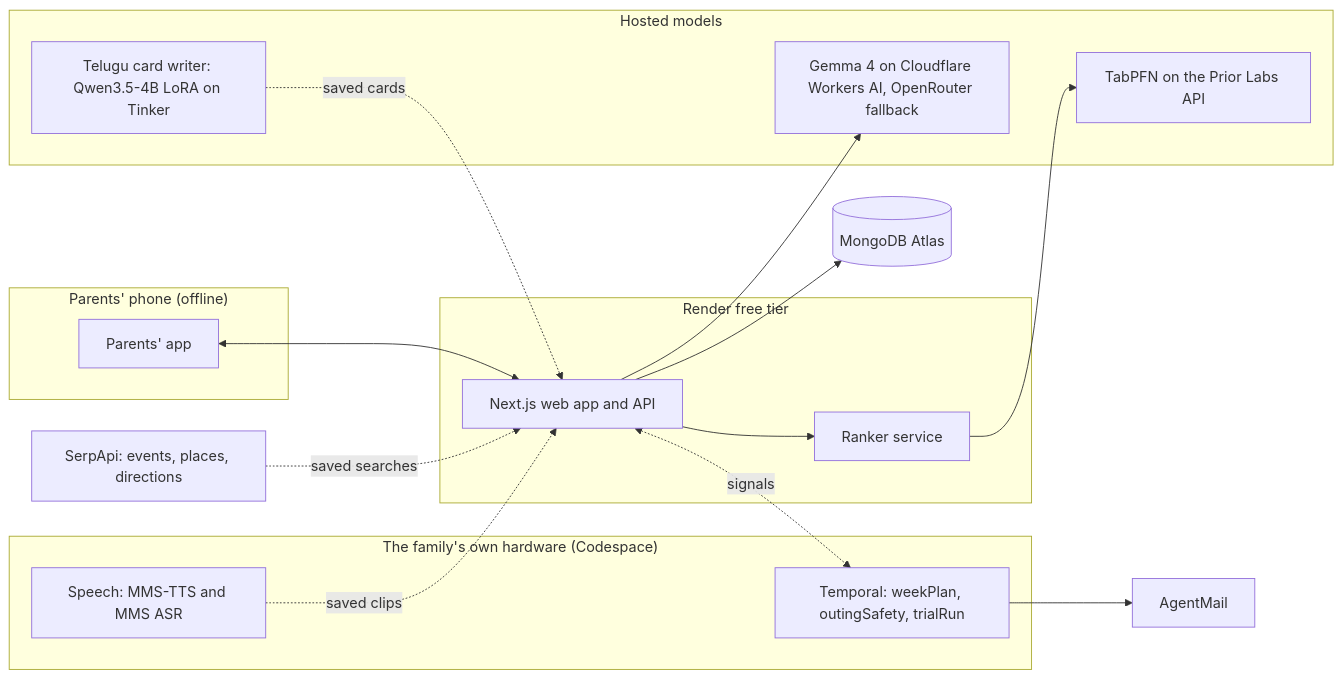
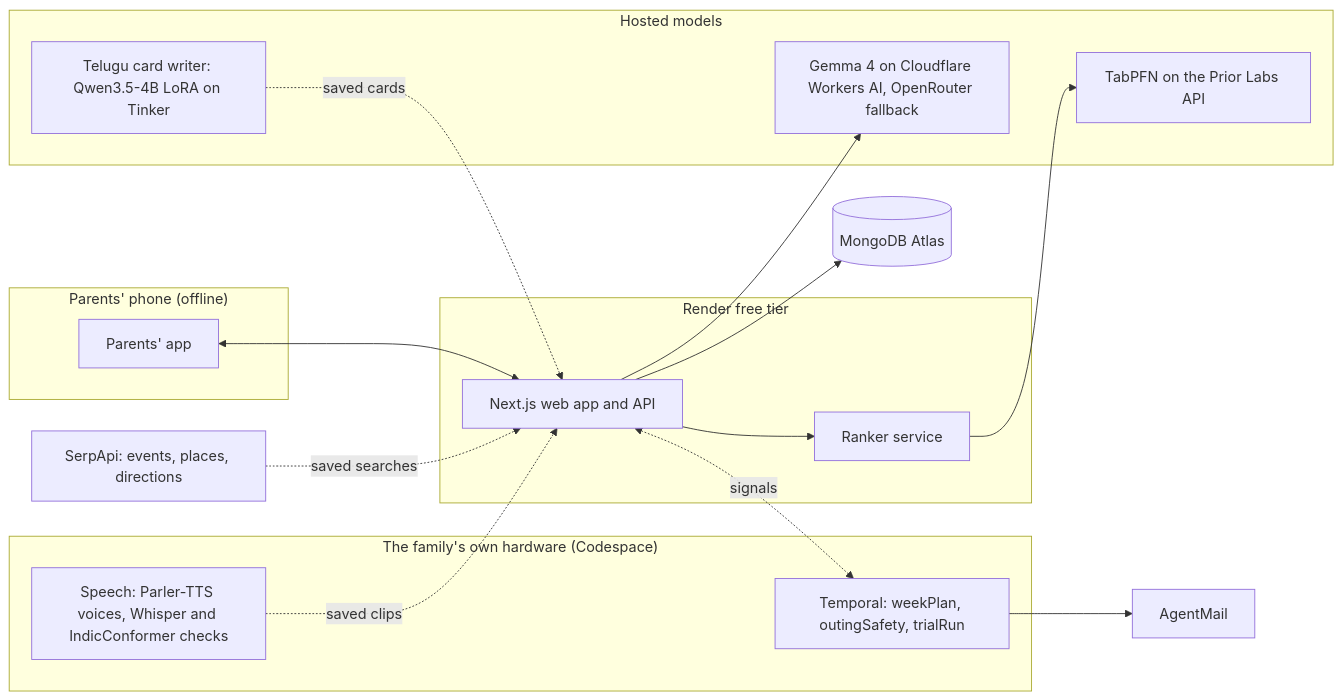
Before and after one commit to Hotragn/roundtrip-family: the diagram in README.md, drawn with Mermaid. The commit also changed other lines of this file and 24 other files, not shown here.

First line of the commit message:
Adopt the Parler-TTS English and German clips and update licenses

````diff
--- a/README.md
+++ b/README.md
@@ -24,31 +24,31 @@
 ```mermaid
 flowchart LR
   subgraph Phone["Parents' phone (offline)"]
     P[Parents' app]
   end
   subgraph Web["Render free tier"]
     W[Next.js web app and API]
     R[Ranker service]
   end
   subgraph Models["Hosted models"]
     G[Gemma 4 on Cloudflare Workers AI, OpenRouter fallback]
     T[TabPFN on the Prior Labs API]
     K[Telugu card writer: Qwen3.5-4B LoRA on Tinker]
   end
   subgraph Home["The family's own hardware (Codespace)"]
-    S[Speech: MMS-TTS and MMS ASR]
+    S[Speech: Parler-TTS voices, Whisper and IndicConformer checks]
     TW[Temporal: weekPlan, outingSafety, trialRun]
   end
   SA[SerpApi: events, places, directions]
   AM[AgentMail]
   DB[(MongoDB Atlas)]
   P <--> W
   W --> G
   W --> R --> T
   W --> DB
   SA -. saved searches .-> W
   K -. saved cards .-> W
   S -. saved clips .-> W
   TW --> AM
   W <-. signals .-> TW
 ```
````
